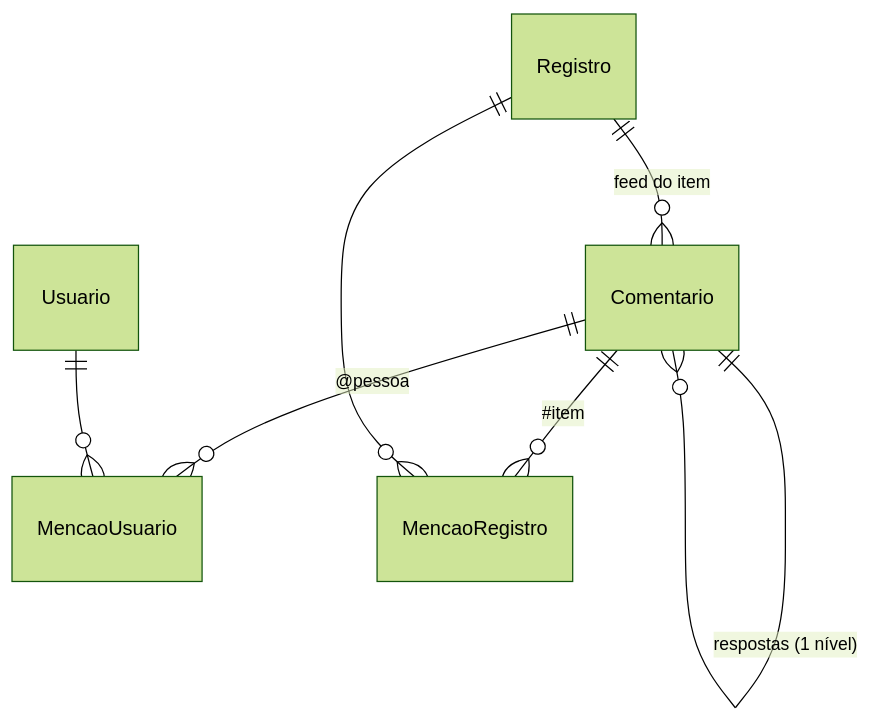
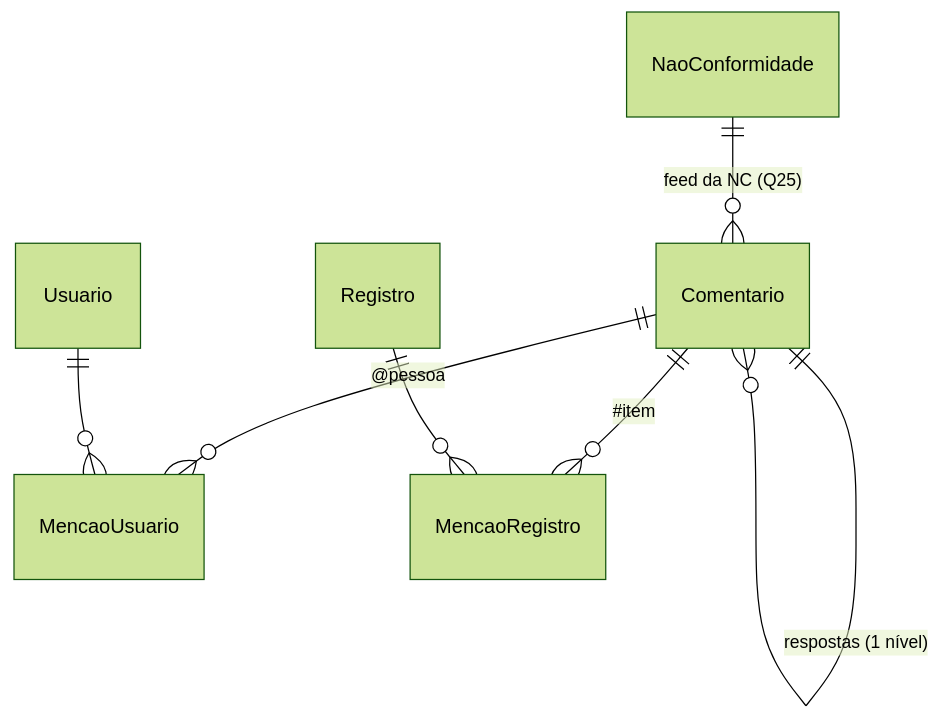
The second of 2 diagrams in docs/esquema-backend.md (fellipemnds/qualityhub), drawn with Mermaid (forest theme) before and after one commit. The commit also changed other lines of this file and 8 other files, not shown here.

First line of the commit message:
docs: a decisão (h), os filhos no celular, e o feed só na NC — B2, item 12

````diff
--- a/docs/esquema-backend.md
+++ b/docs/esquema-backend.md
@@ -152,9 +152,9 @@
 ```mermaid
 erDiagram
-    Registro ||--o{ Comentario : "feed do item"
+    NaoConformidade ||--o{ Comentario : "feed da NC (Q25)"
     Comentario ||--o{ Comentario : "respostas (1 nível)"
     Comentario ||--o{ MencaoUsuario : "@pessoa"
     Comentario ||--o{ MencaoRegistro : "#item"
     Usuario ||--o{ MencaoUsuario : ""
     Registro ||--o{ MencaoRegistro : ""
 ```
````
